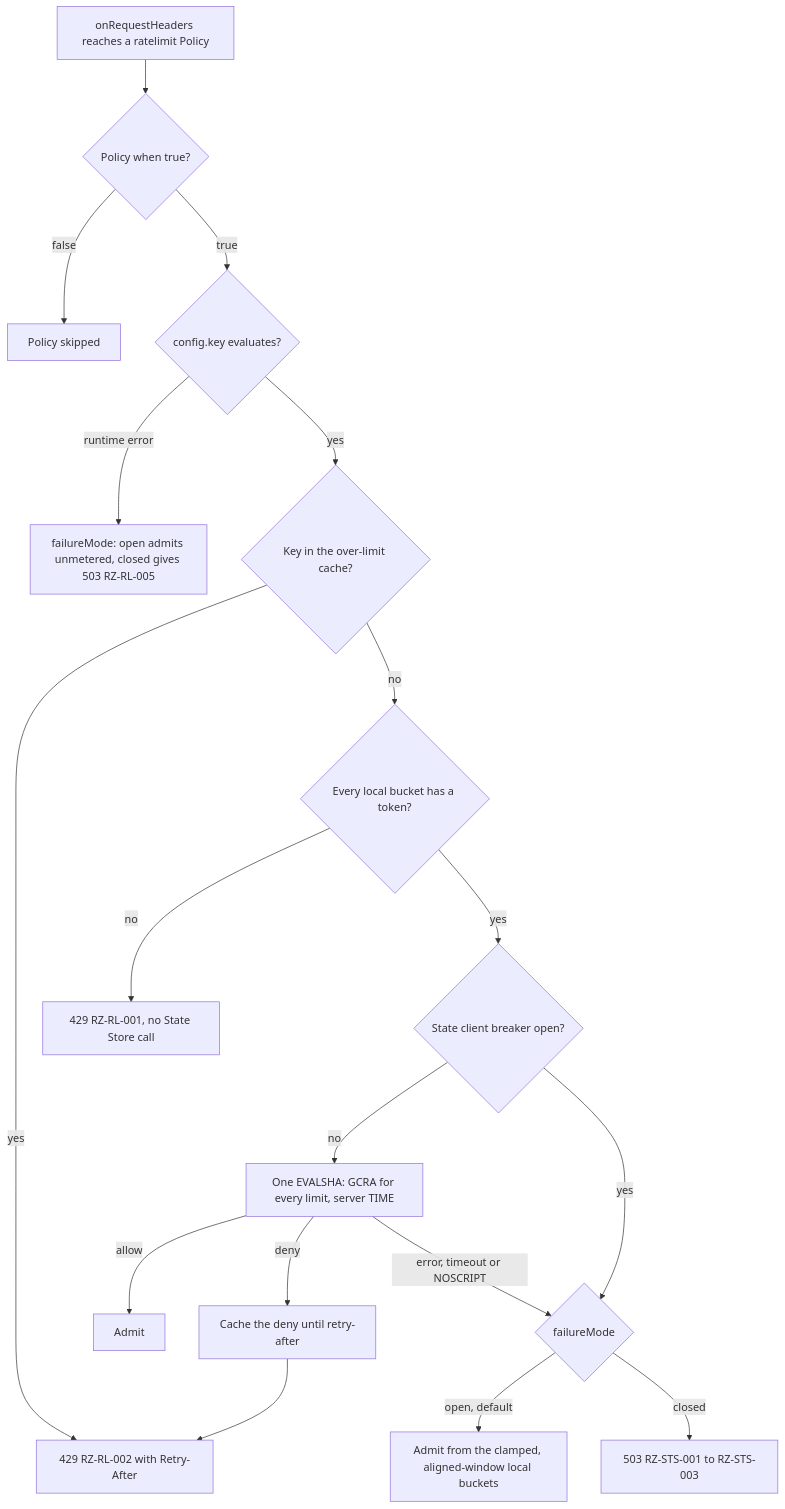
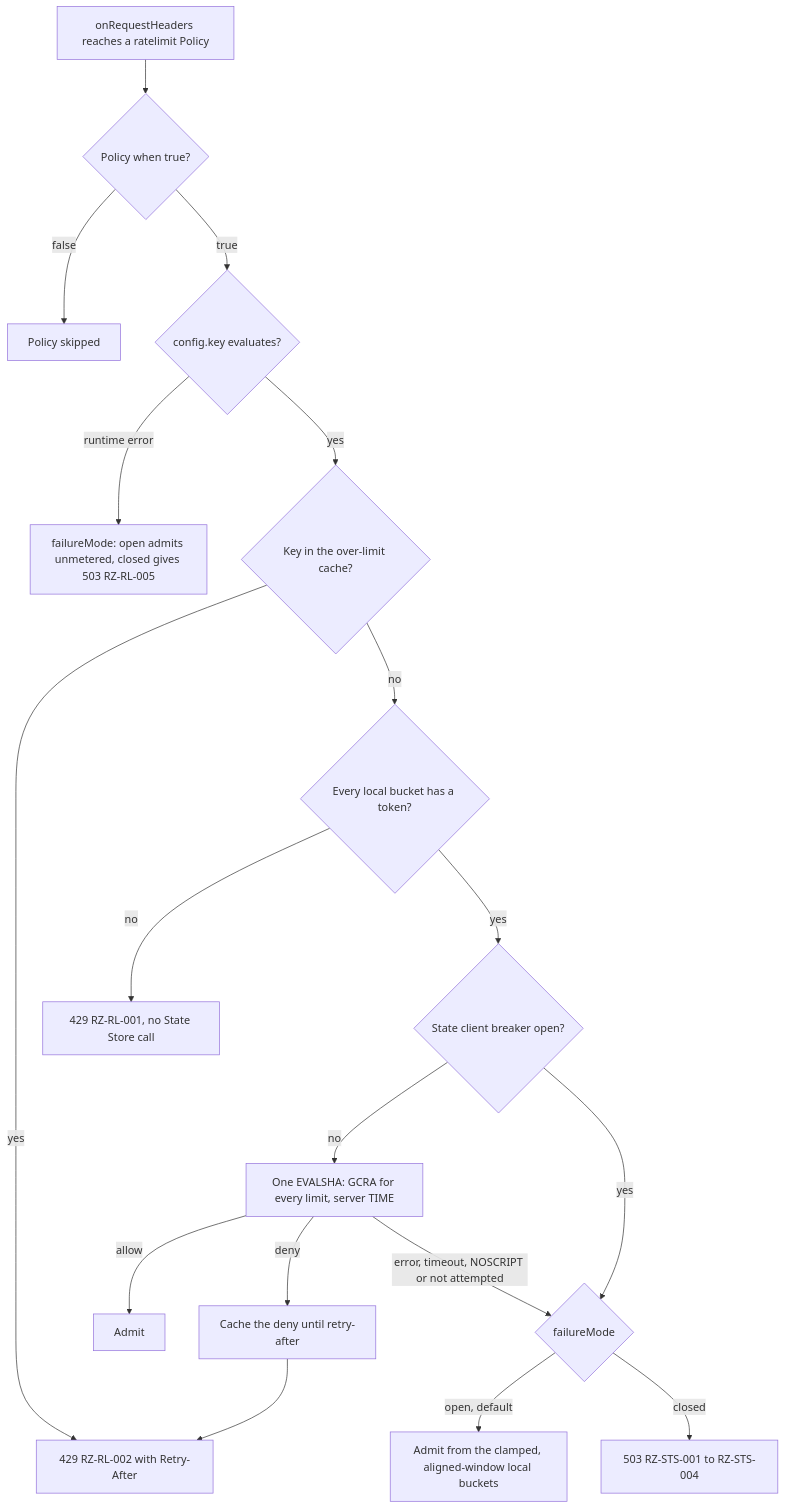
One commit to ravindu-rev/ruralz changed the diagram in docs/adr/0008-rate-limiting-local-bucket-and-gcra.md. Above: the diagram before and after it, drawn with Mermaid. The commit also changed other lines of this file and 40 other files, not shown here.

````diff
--- a/docs/adr/0008-rate-limiting-local-bucket-and-gcra.md
+++ b/docs/adr/0008-rate-limiting-local-bucket-and-gcra.md
@@ -62,20 +62,20 @@
 ```mermaid
 flowchart TD
     req["onRequestHeaders reaches a ratelimit Policy"] --> when{"Policy when true?"}
     when -- "false" --> skip["Policy skipped"]
     when -- "true" --> key{"config.key evaluates?"}
     key -- "runtime error" --> kfm["failureMode: open admits unmetered, closed gives 503 RZ-RL-005"]
     key -- "yes" --> olc{"Key in the over-limit cache?"}
     olc -- "yes" --> d2["429 RZ-RL-002 with Retry-After"]
     olc -- "no" --> lb{"Every local bucket has a token?"}
     lb -- "no" --> d1["429 RZ-RL-001, no State Store call"]
     lb -- "yes" --> brk{"State client breaker open?"}
     brk -- "no" --> gcra["One EVALSHA: GCRA for every limit, server TIME"]
     gcra -- "allow" --> ok["Admit"]
     gcra -- "deny" --> cache["Cache the deny until retry-after"]
     cache --> d2
-    gcra -- "error, timeout or NOSCRIPT" --> fm{"failureMode"}
+    gcra -- "error, timeout, NOSCRIPT or not attempted" --> fm{"failureMode"}
     brk -- "yes" --> fm
     fm -- "open, default" --> ok2["Admit from the clamped, aligned-window local buckets"]
-    fm -- "closed" --> r503["503 RZ-STS-001 to RZ-STS-003"]
+    fm -- "closed" --> r503["503 RZ-STS-001 to RZ-STS-004"]
 ```
````
